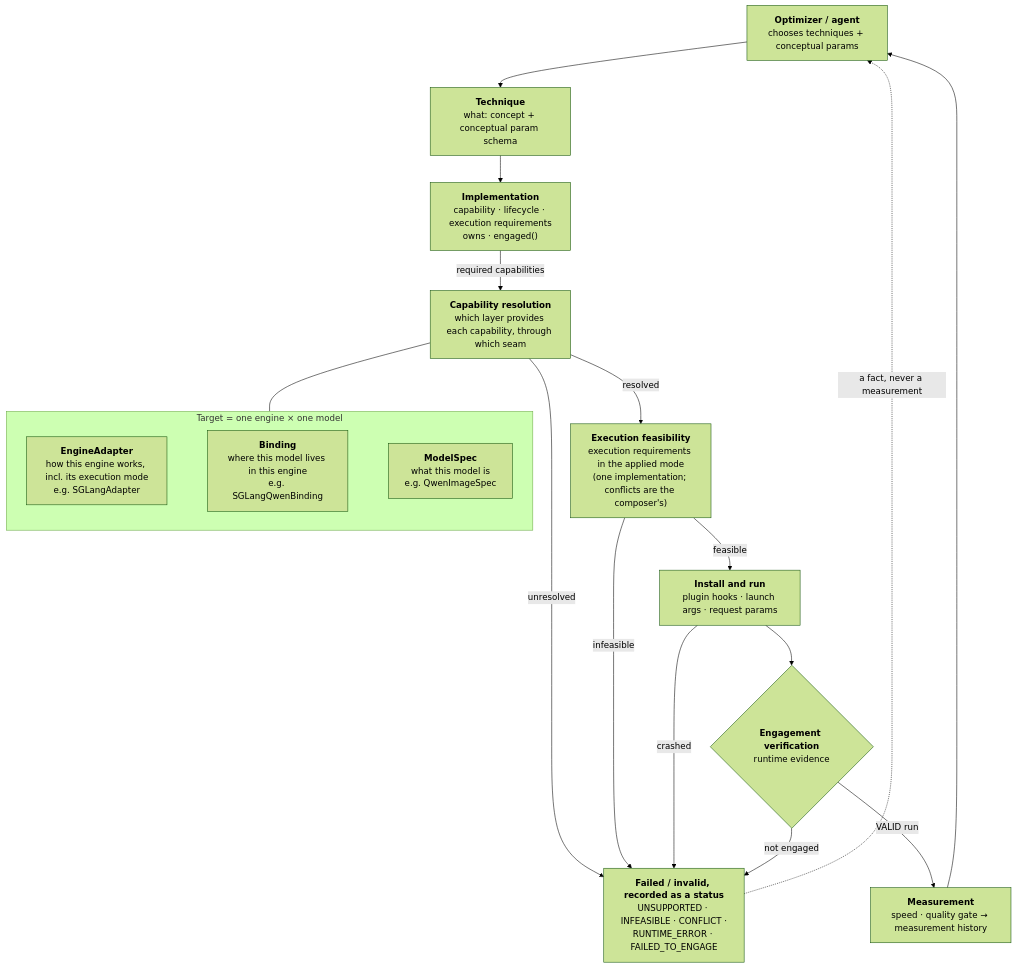
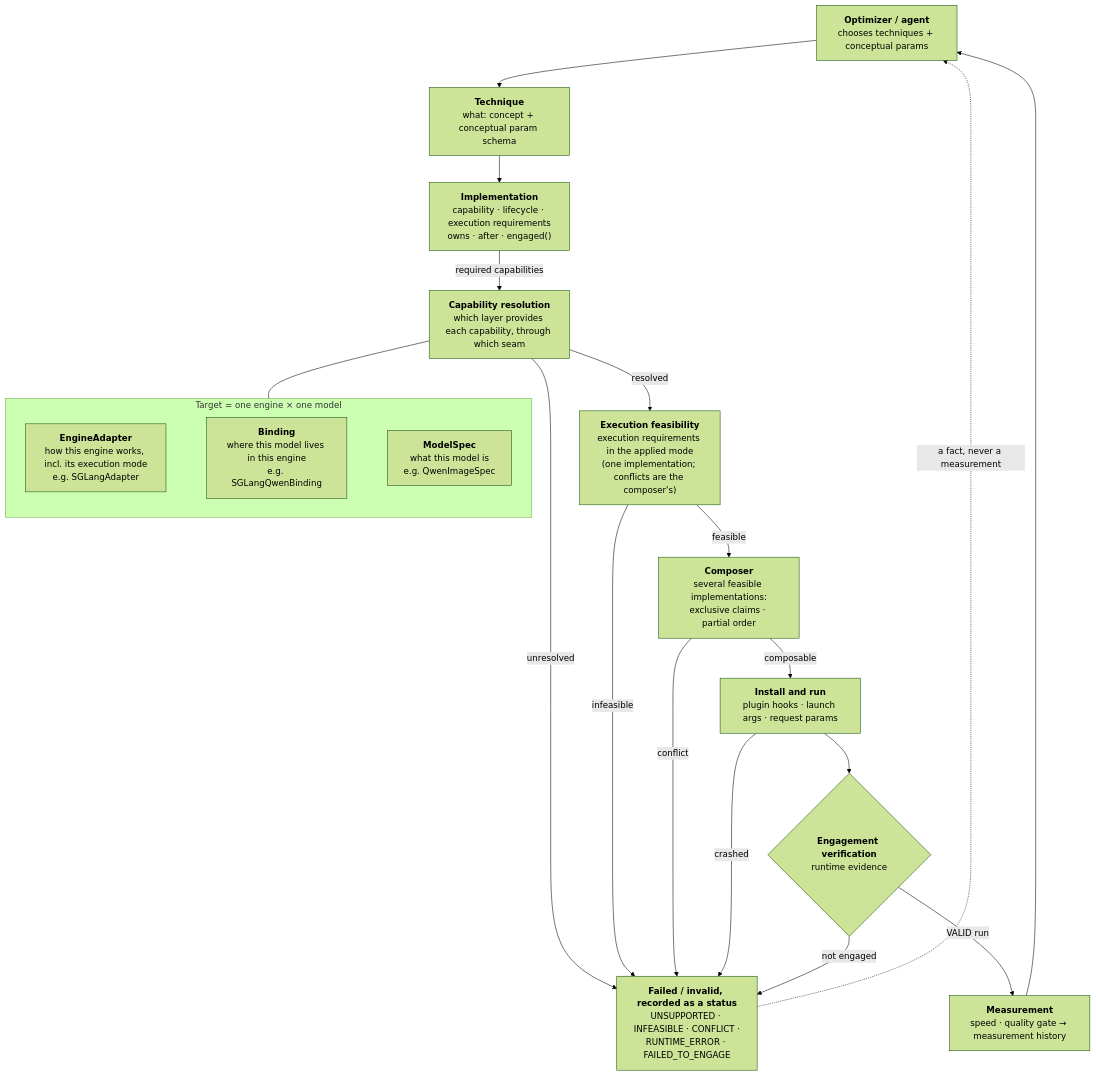
The diagram in docs/architecture.md (fractalyze/optimizer), drawn with Mermaid (forest theme) before and after one commit. The commit also changed other lines of this file, not shown here.

First line of the commit message:
docs(architecture): bring the overview in line with the merged composer

````diff
--- a/docs/architecture.md
+++ b/docs/architecture.md
@@ -51,29 +51,31 @@
 ```mermaid
 flowchart TB
     OPT["<b>Optimizer / agent</b><br/>chooses techniques + conceptual params"]
     TEC["<b>Technique</b><br/>what: concept + conceptual param schema"]
-    IMP["<b>Implementation</b><br/>capability · lifecycle · execution requirements<br/>owns · engaged()"]
+    IMP["<b>Implementation</b><br/>capability · lifecycle · execution requirements<br/>owns · after · engaged()"]
     RES["<b>Capability resolution</b><br/>which layer provides each capability, through which seam"]
     subgraph TGT["Target = one engine × one model"]
         EA["<b>EngineAdapter</b><br/>how this engine works, incl. its execution mode<br/>e.g. SGLangAdapter"]
         BD["<b>Binding</b><br/>where this model lives in this engine<br/>e.g. SGLangQwenBinding"]
         MS["<b>ModelSpec</b><br/>what this model is<br/>e.g. QwenImageSpec"]
         EA ~~~ BD ~~~ MS
     end
     FEAS["<b>Execution feasibility</b><br/>execution requirements in the applied mode<br/>(one implementation; conflicts are the composer's)"]
+    COMP["<b>Composer</b><br/>several feasible implementations:<br/>exclusive claims · partial order"]
     RUN["<b>Install and run</b><br/>plugin hooks · launch args · request params"]
     ENG{"<b>Engagement verification</b><br/>runtime evidence"}
     MEAS["<b>Measurement</b><br/>speed · quality gate → measurement history"]
     BAD["<b>Failed / invalid, recorded as a status</b><br/>UNSUPPORTED · INFEASIBLE · CONFLICT ·<br/>RUNTIME_ERROR · FAILED_TO_ENGAGE"]
 
     OPT --> TEC --> IMP -- "required capabilities" --> RES
     RES --- TGT
     RES -- resolved --> FEAS
-    FEAS -- feasible --> RUN --> ENG
+    FEAS -- feasible --> COMP -- composable --> RUN --> ENG
     ENG -- "VALID run" --> MEAS --> OPT
     RES -- unresolved --> BAD
     FEAS -- infeasible --> BAD
+    COMP -- conflict --> BAD
     RUN -- crashed --> BAD
     ENG -- "not engaged" --> BAD
     BAD -. "a fact, never a measurement" .-> OPT
 ```
````
